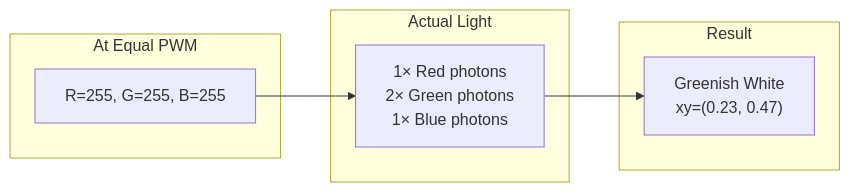
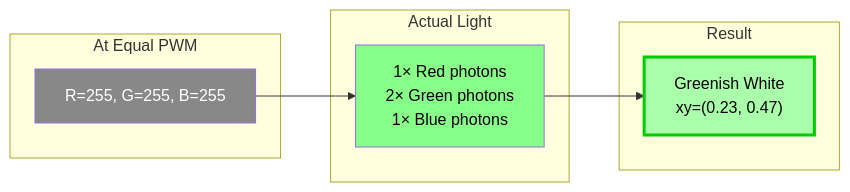
The fourth of 4 diagrams in docs/color-science.md (GlassOnTin/anduril), drawn with Mermaid before and after one commit. The commit also changed other lines of this file, not shown here.

First line of the commit message:
Add colors to Mermaid diagrams in color science documentation

````diff
--- a/docs/color-science.md
+++ b/docs/color-science.md
@@ -284,16 +310,20 @@
 ```mermaid
 flowchart LR
     subgraph "At Equal PWM"
         E["R=255, G=255, B=255"]
     end
 
     subgraph "Actual Light"
         A["1× Red photons\n2× Green photons\n1× Blue photons"]
     end
 
     subgraph "Result"
         GW["Greenish White\nxy=(0.23, 0.47)"]
     end
 
     E --> A --> GW
+
+    style E fill:#888888,color:#fff
+    style A fill:#88FF88,color:#000
+    style GW fill:#AAFFAA,color:#000,stroke:#00CC00,stroke-width:3px
 ```
````
